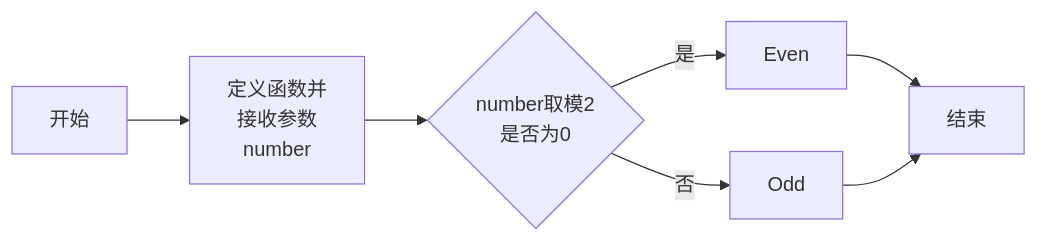
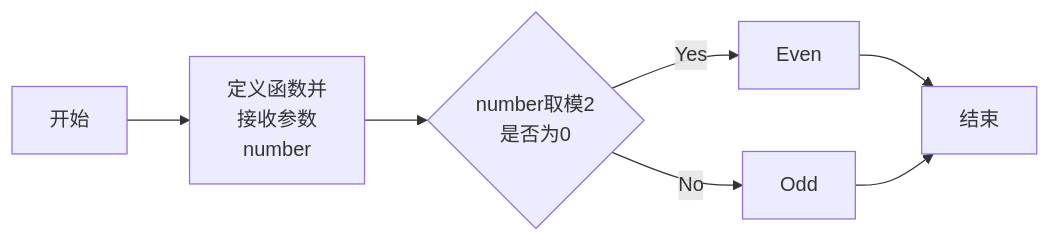
The third of 3 diagrams in experiment2.md (RonaWhite/python), drawn with Mermaid before and after one commit.

Commit message:
experiment2

````diff
--- a/experiment2.md
+++ b/experiment2.md
@@ -519,12 +519,12 @@
 ```mermaid
 flowchart LR
     A[开始] --> B[定义函数并
     接收参数
     number]
     B --> C{number取模2
     是否为0}
-    C --> |是| D[Even]
+    C --> |Yes| D[Even]
     D --> E[结束]
-    C --> |否| F[Odd]
+    C --> |No| F[Odd]
     F --> E
 ```
````
